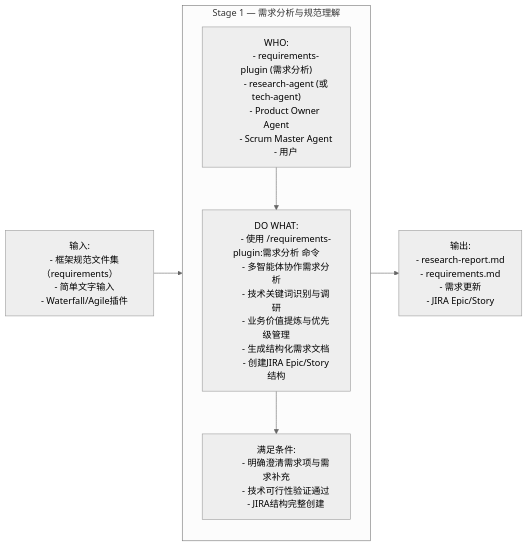
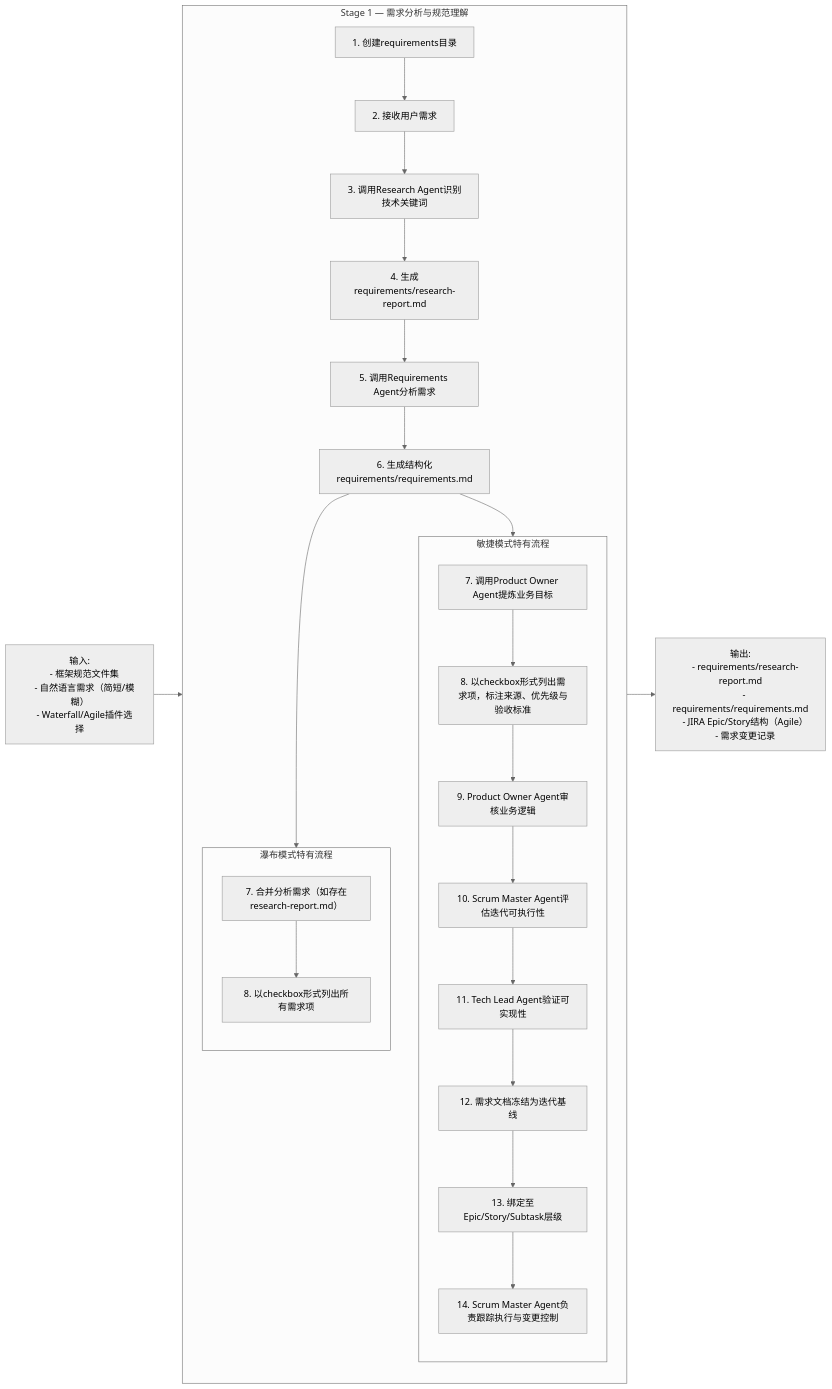
The second of 15 diagrams in README.md (ouyangshixiong/context-engineering-zh), drawn with Mermaid (neutral theme) before and after one commit. The commit also changed other lines of this file and 13 other files, not shown here.

````diff
--- a/README.md
+++ b/README.md
@@ -183,41 +185,58 @@
 ```mermaid
 flowchart LR
 
     %% ================= Stage 1 =================
     I1["输入:
-    - 框架规范文件集（requirements）
-    - 简单文字输入
-    - Waterfall/Agile插件"]
+    - 框架规范文件集
+    - 自然语言需求（简短/模糊）
+    - Waterfall/Agile插件选择"]
 
     O1["输出:
-    - research-report.md
-    - requirements.md
-    - 需求更新
-    - JIRA Epic/Story"]
+    - requirements/research-report.md
+    - requirements/requirements.md
+    - JIRA Epic/Story结构（Agile）
+    - 需求变更记录"]
 
     subgraph S1["Stage 1 — 需求分析与规范理解"]
-        W1["WHO:
-        - requirements-plugin (需求分析)
-        - research-agent (或tech-agent)
-        - Product Owner Agent
-        - Scrum Master Agent
-        - 用户"]
-
-        A1["DO WHAT:
-        - 使用 /requirements-plugin:需求分析 命令
-        - 多智能体协作需求分析
-        - 技术关键词识别与调研
-        - 业务价值提炼与优先级管理
-        - 生成结构化需求文档
-        - 创建JIRA Epic/Story结构"]
-
-        V1["满足条件:
-        - 明确澄清需求项与需求补充
-        - 技术可行性验证通过
-        - JIRA结构完整创建"]
-
-        W1 --> A1 --> V1
+        direction TB
+        
+        %% 公共步骤
+        Common1["1. 创建requirements目录"]
+        Common2["2. 接收用户需求"]
+        Common3["3. 调用Research Agent识别技术关键词"]
+        Common4["4. 生成requirements/research-report.md"]
+        Common5["5. 调用Requirements Agent分析需求"]
+        Common6["6. 生成结构化requirements/requirements.md"]
+        
+        %% 敏捷模式特有步骤
+        subgraph Agile["敏捷模式特有流程"]
+            direction TB
+            Agile1["7. 调用Product Owner Agent提炼业务目标"]
+            Agile2["8. 以checkbox形式列出需求项，标注来源、优先级与验收标准"]
+            Agile3["9. Product Owner Agent审核业务逻辑"]
+            Agile4["10. Scrum Master Agent评估迭代可执行性"]
+            Agile5["11. Tech Lead Agent验证可实现性"]
+            Agile6["12. 需求文档冻结为迭代基线"]
+            Agile7["13. 绑定至Epic/Story/Subtask层级"]
+            Agile8["14. Scrum Master Agent负责跟踪执行与变更控制"]
+            
+            Agile1 --> Agile2 --> Agile3 --> Agile4 --> Agile5 --> Agile6 --> Agile7 --> Agile8
+        end
+        
+        %% 瀑布模式特有步骤
+        subgraph Waterfall["瀑布模式特有流程"]
+            direction TB
+            Waterfall1["7. 合并分析需求（如存在research-report.md）"]
+            Waterfall2["8. 以checkbox形式列出所有需求项"]
+            
+            Waterfall1 --> Waterfall2
+        end
+        
+        %% 流程连接
+        Common1 --> Common2 --> Common3 --> Common4 --> Common5 --> Common6
+        Common6 --> Agile
+        Common6 --> Waterfall
     end
 
     I1 --> S1 --> O1
 ```
````
